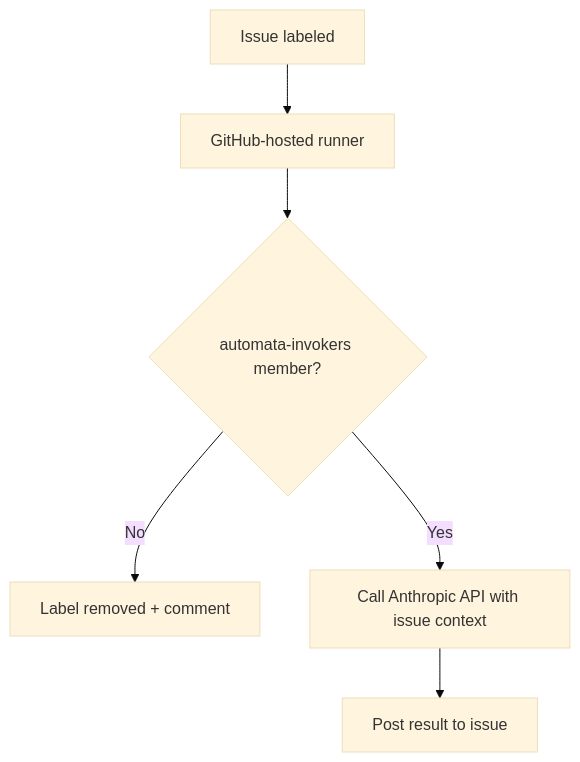
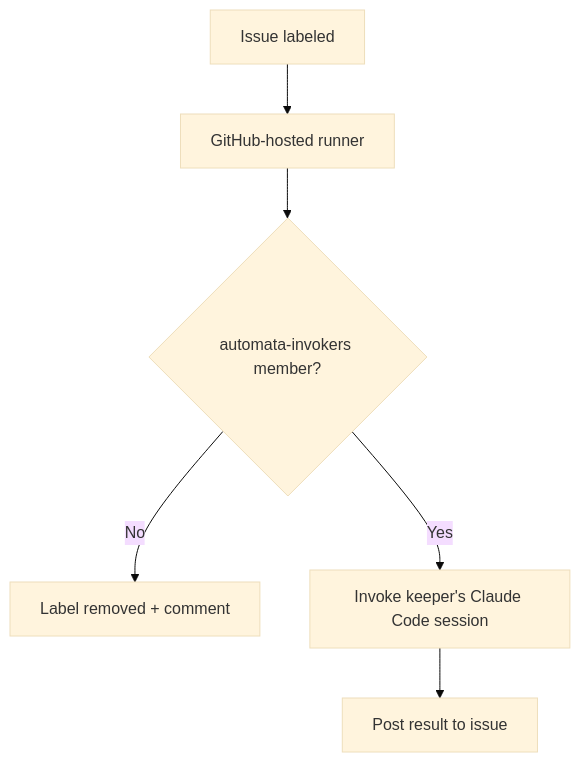
Before and after one commit to MockaSort-Studio/hall-of-automata: the first of 2 diagrams in codex/design-options.md, drawn with Mermaid (base theme). The commit also changed other lines of this file and 14 other files, not shown here.

````diff
--- a/codex/design-options.md
+++ b/codex/design-options.md
@@ -27,8 +31,8 @@
 ```mermaid
 flowchart TD
     A[Issue labeled] --> B[GitHub-hosted runner]
     B --> C{automata-invokers member?}
     C -- No --> D[Label removed + comment]
-    C -- Yes --> E[Call Anthropic API with issue context]
+    C -- Yes --> E[Invoke keeper's Claude Code session]
     E --> F[Post result to issue]
 ```
````
